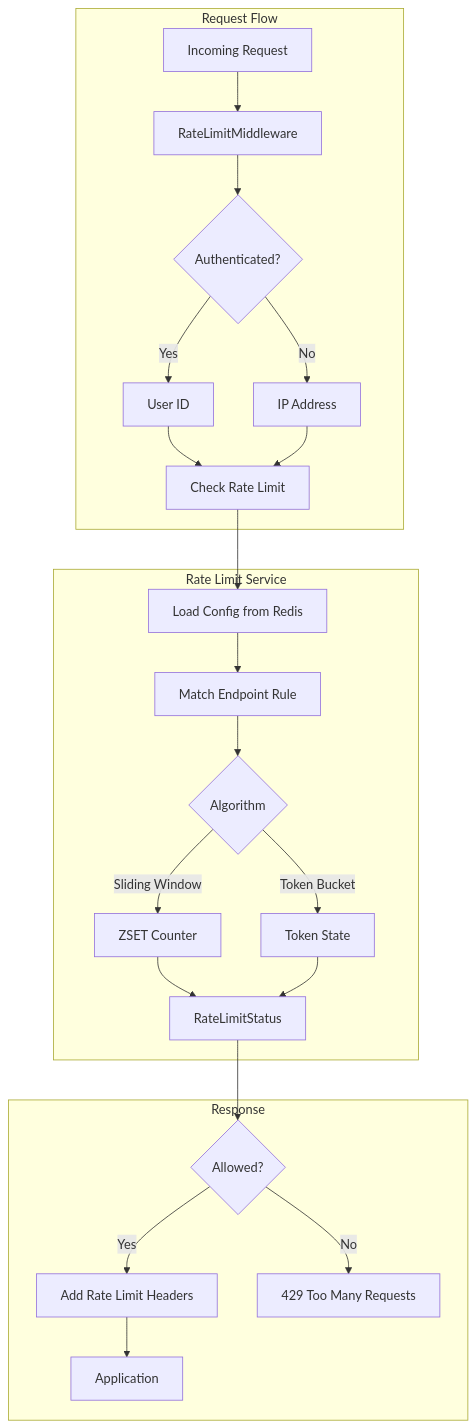
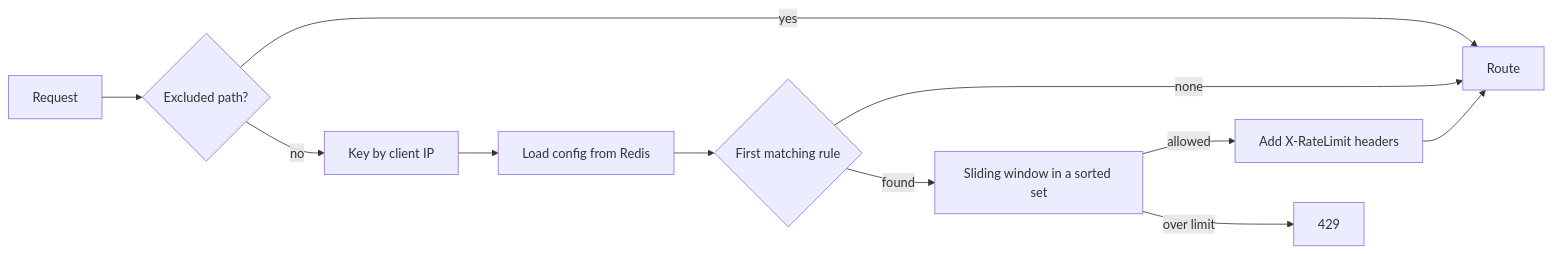
Before and after one commit to HardMax71/Integr8sCode: the diagram in docs/architecture/rate-limiting.md, drawn with Mermaid. The commit also changed other lines of this file and 304 other files, not shown here.

````diff
--- a/docs/architecture/rate-limiting.md
+++ b/docs/architecture/rate-limiting.md
@@ -9,28 +5,12 @@
 ```mermaid
-flowchart TB
-    subgraph Request Flow
-        REQ[Incoming Request] --> MW[RateLimitMiddleware]
-        MW --> AUTH{Authenticated?}
-        AUTH -->|Yes| UID[User ID]
-        AUTH -->|No| IP[IP Address]
-        UID --> CHECK[Check Rate Limit]
-        IP --> CHECK
-    end
-
-    subgraph Rate Limit Service
-        CHECK --> CONFIG[Load Config from Redis]
-        CONFIG --> MATCH[Match Endpoint Rule]
-        MATCH --> ALGO{Algorithm}
-        ALGO -->|Sliding Window| SW[ZSET Counter]
-        ALGO -->|Token Bucket| TB[Token State]
-        SW --> RESULT[RateLimitStatus]
-        TB --> RESULT
-    end
-
-    subgraph Response
-        RESULT --> ALLOWED{Allowed?}
-        ALLOWED -->|Yes| HEADERS[Add Rate Limit Headers]
-        ALLOWED -->|No| REJECT[429 Too Many Requests]
-        HEADERS --> APP[Application]
-    end
+flowchart LR
+    REQ[Request] --> EX{Excluded path?}
+    EX -->|yes| APP[Route]
+    EX -->|no| KEY[Key by client IP]
+    KEY --> CFG[Load config from Redis]
+    CFG --> RULE{First matching rule}
+    RULE -->|none| APP
+    RULE -->|found| SW[Sliding window in a sorted set]
+    SW -->|allowed| HDR[Add X-RateLimit headers] --> APP
+    SW -->|over limit| REJ[429]
 ```
````
